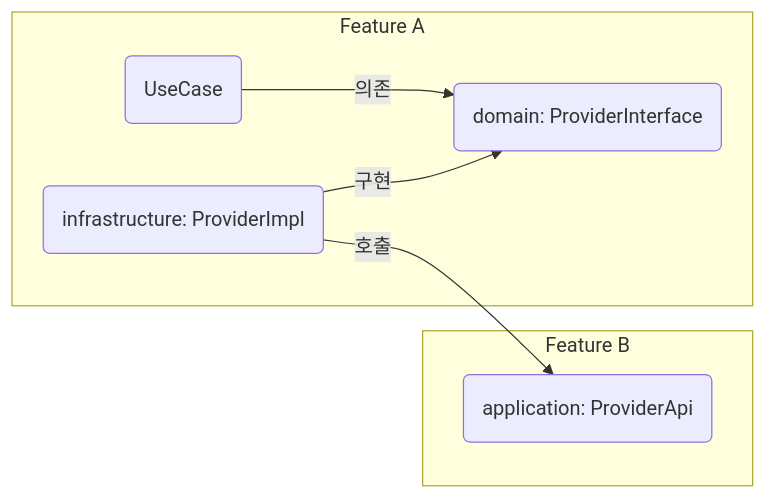
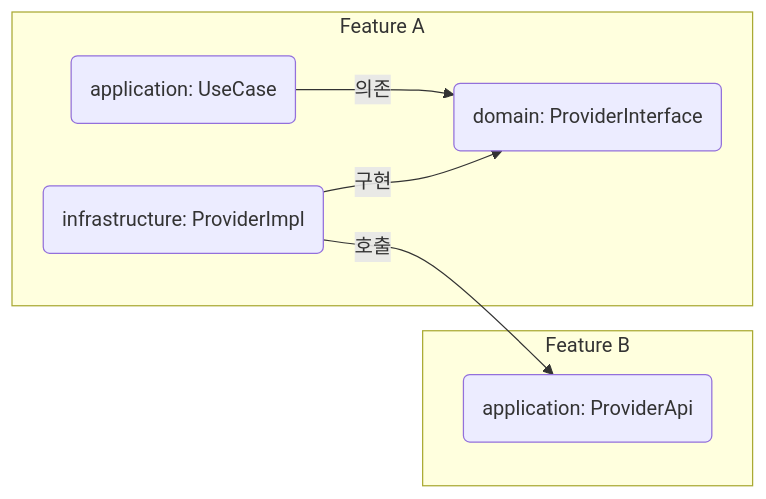
One commit to Turnin-Dev/turnin-server changed the second of 2 diagrams in README.md. Above: the diagram before and after it, drawn with Mermaid.

Commit message:
docs: README.md 작은 수정

````diff
--- a/README.md
+++ b/README.md
@@ -78,11 +78,11 @@
 ```mermaid
 graph LR
     subgraph Feature A
-        uc(UseCase) -- 의존 --> pi(domain: ProviderInterface)
+        uc(application: UseCase) -- 의존 --> pi(domain: ProviderInterface)
         pimpl(infrastructure: ProviderImpl) -- 구현 --> pi
     end
     subgraph Feature B
         pac(application: ProviderApi)
     end
     pimpl -- 호출 --> pac
 ```
````
